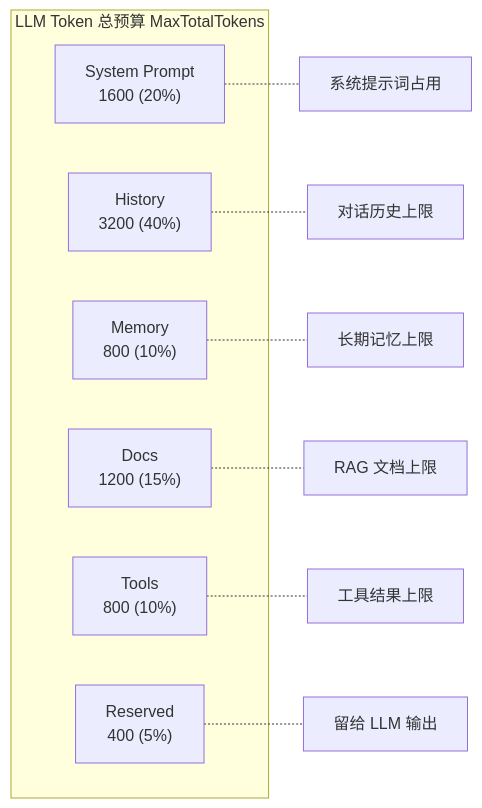
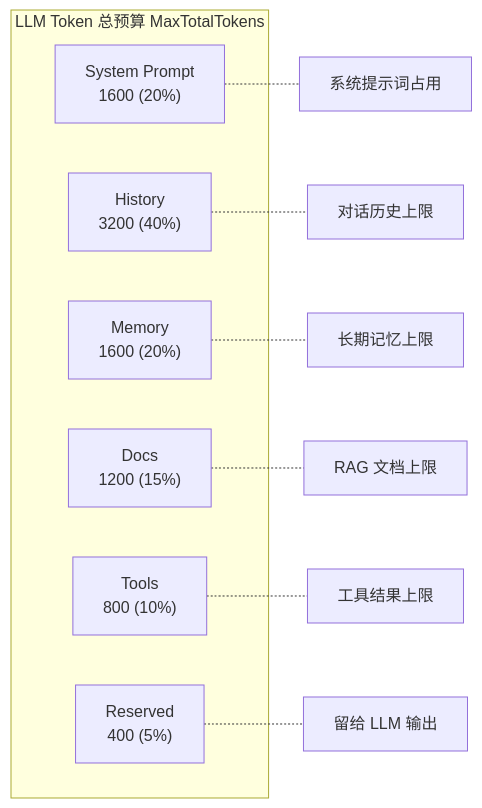
The sixth of 11 diagrams in Learn/tutorial/05-ContextEngine.md (ZhangJYe/OpsCaptain), drawn with Mermaid before and after one commit. The commit also changed other lines of this file and 42 other files, not shown here.

````diff
--- a/Learn/tutorial/05-ContextEngine.md
+++ b/Learn/tutorial/05-ContextEngine.md
@@ -423,17 +423,17 @@
 ```mermaid
 graph LR
     subgraph LLM Token 总预算 MaxTotalTokens
         A["System Prompt<br/>1600 (20%)"]
         B["History<br/>3200 (40%)"]
-        C["Memory<br/>800 (10%)"]
+        C["Memory<br/>1600 (20%)"]
         D["Docs<br/>1200 (15%)"]
         E["Tools<br/>800 (10%)"]
         F["Reserved<br/>400 (5%)"]
     end
     A -.- G[系统提示词占用]
     B -.- H[对话历史上限]
     C -.- I[长期记忆上限]
     D -.- J[RAG 文档上限]
     E -.- K[工具结果上限]
     F -.- L[留给 LLM 输出]
 ```
````
